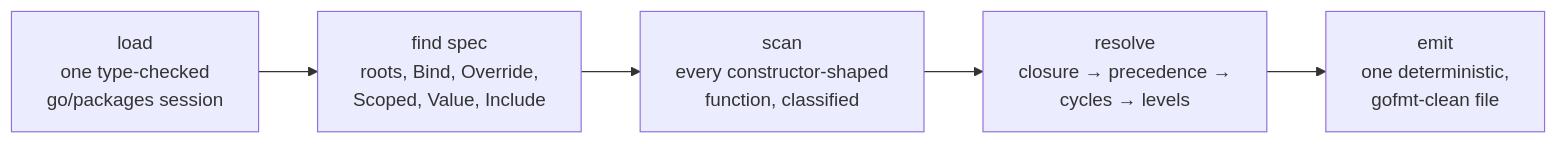
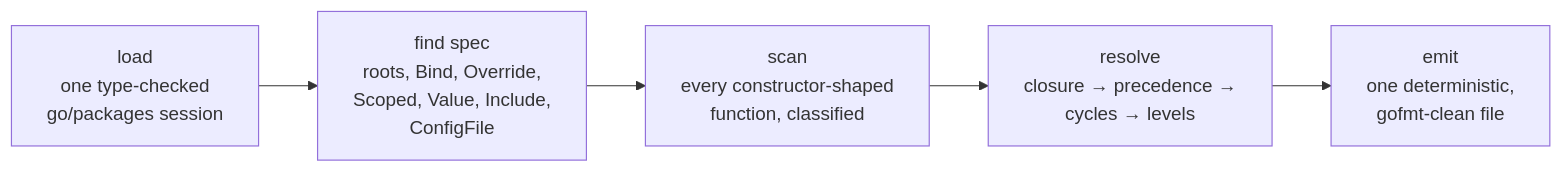
Before and after one commit to okian/servo: the first of 2 diagrams in docs/index.md, drawn with Mermaid. The commit also changed other lines of this file and 51 other files, not shown here.

````diff
--- a/docs/index.md
+++ b/docs/index.md
@@ -7,10 +7,10 @@
 ```mermaid
 flowchart LR
     L["load<br/>one type-checked<br/>go/packages session"]
-    F["find spec<br/>roots, Bind, Override,<br/>Scoped, Value, Include"]
+    F["find spec<br/>roots, Bind, Override,<br/>Scoped, Value, Include,<br/>ConfigFile"]
     S["scan<br/>every constructor-shaped<br/>function, classified"]
     R["resolve<br/>closure → precedence →<br/>cycles → levels"]
     E["emit<br/>one deterministic,<br/>gofmt-clean file"]
 
     L --> F --> S --> R --> E
 ```
````
